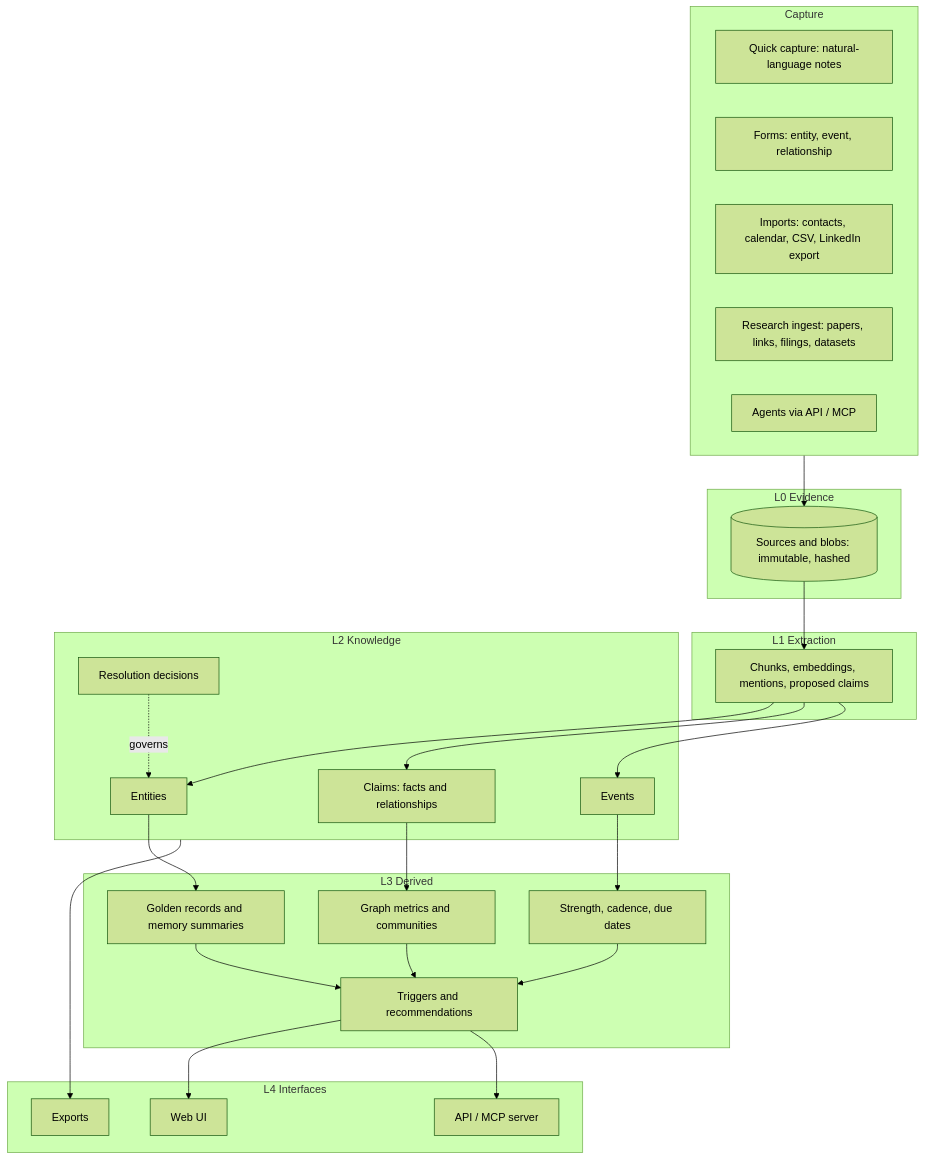
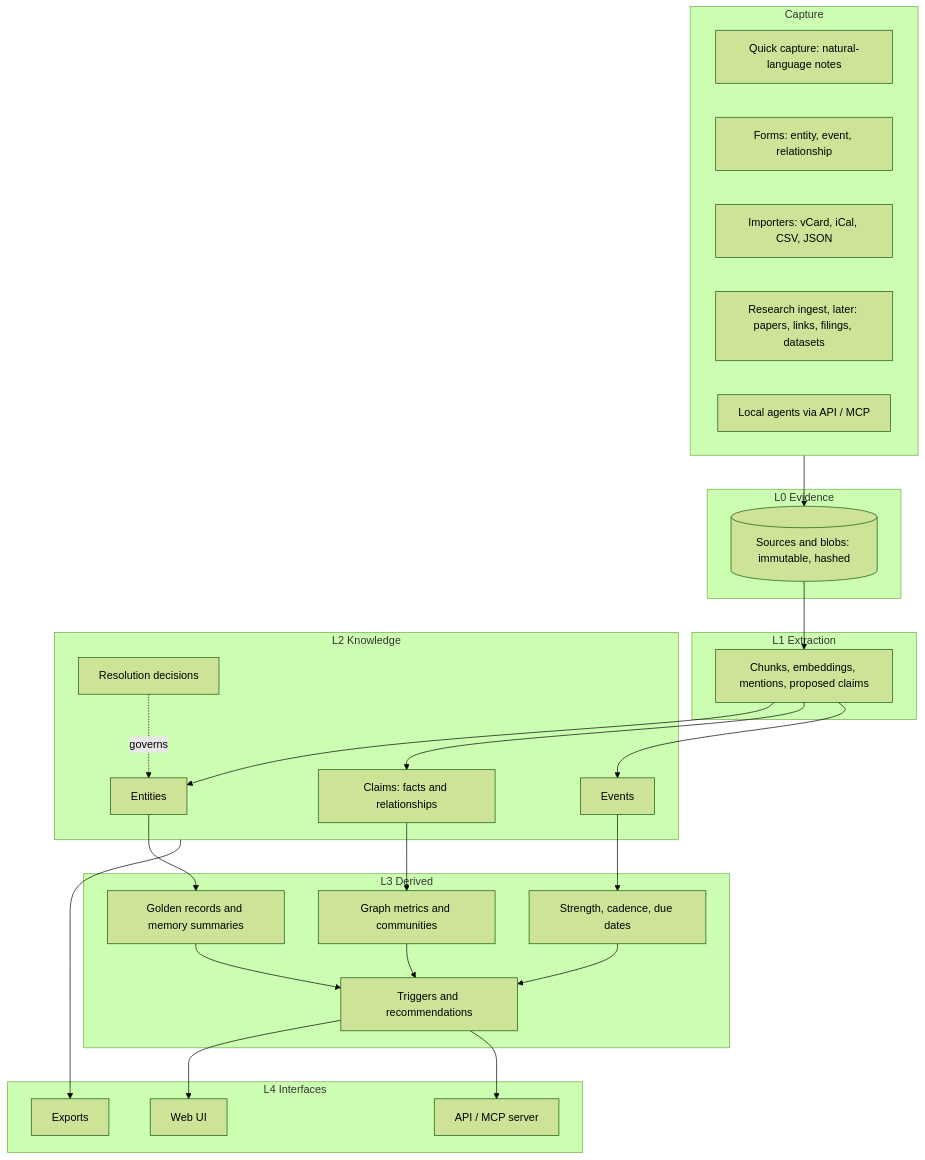
One commit to justadude75/public changed the first of 2 diagrams in docs/personal-graph-plan.md. Above: the diagram before and after it, drawn with Mermaid (forest theme). The commit also changed other lines of this file, not shown here.

First line of the commit message:
Update graph plan with decisions: local, single-user, manual-first, local AI

````diff
--- a/docs/personal-graph-plan.md
+++ b/docs/personal-graph-plan.md
@@ -47,46 +57,46 @@
 ```mermaid
 flowchart TB
   subgraph CAP[Capture]
     A1[Quick capture: natural-language notes]
     A2[Forms: entity, event, relationship]
-    A3[Imports: contacts, calendar, CSV, LinkedIn export]
-    A4[Research ingest: papers, links, filings, datasets]
-    A5[Agents via API / MCP]
+    A3[Importers: vCard, iCal, CSV, JSON]
+    A4[Research ingest, later: papers, links, filings, datasets]
+    A5[Local agents via API / MCP]
   end
   subgraph L0[L0 Evidence]
     S[(Sources and blobs: immutable, hashed)]
   end
   subgraph L1[L1 Extraction]
     M[Chunks, embeddings, mentions, proposed claims]
   end
   subgraph L2[L2 Knowledge]
     E[Entities]
     C[Claims: facts and relationships]
     V[Events]
     R[Resolution decisions]
   end
   subgraph L3[L3 Derived]
     D1[Golden records and memory summaries]
     D2[Graph metrics and communities]
     D3[Strength, cadence, due dates]
     D4[Triggers and recommendations]
   end
   subgraph L4[L4 Interfaces]
     U1[Web UI]
     U2[API / MCP server]
     U3[Exports]
   end
   CAP --> S --> M --> E
   M --> C
   M --> V
   R -.governs.-> E
   E --> D1
   C --> D2
   V --> D3
   D1 --> D4
   D2 --> D4
   D3 --> D4
   D4 --> U1
   D4 --> U2
   L2 --> U3
 ```
````
